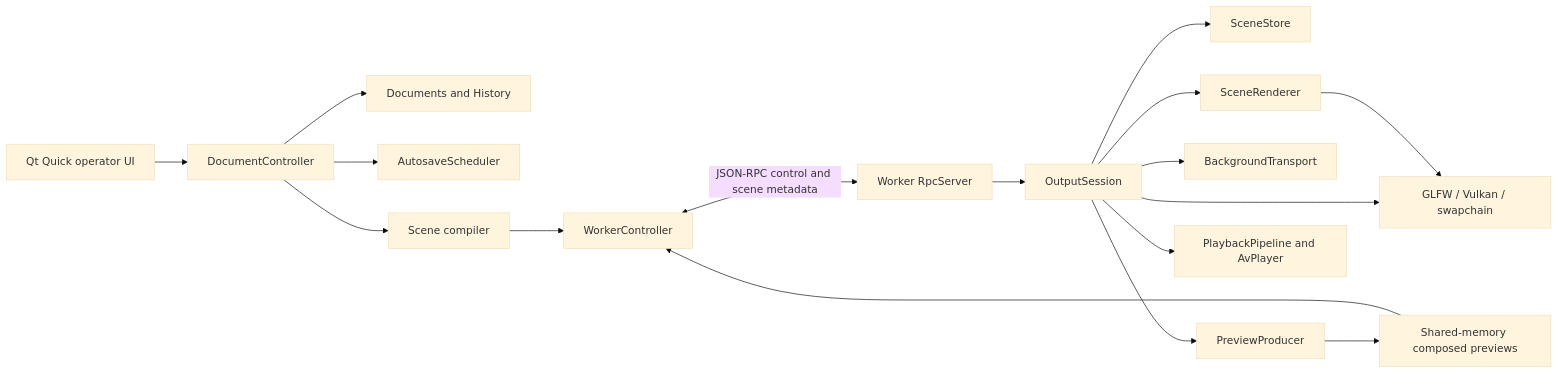
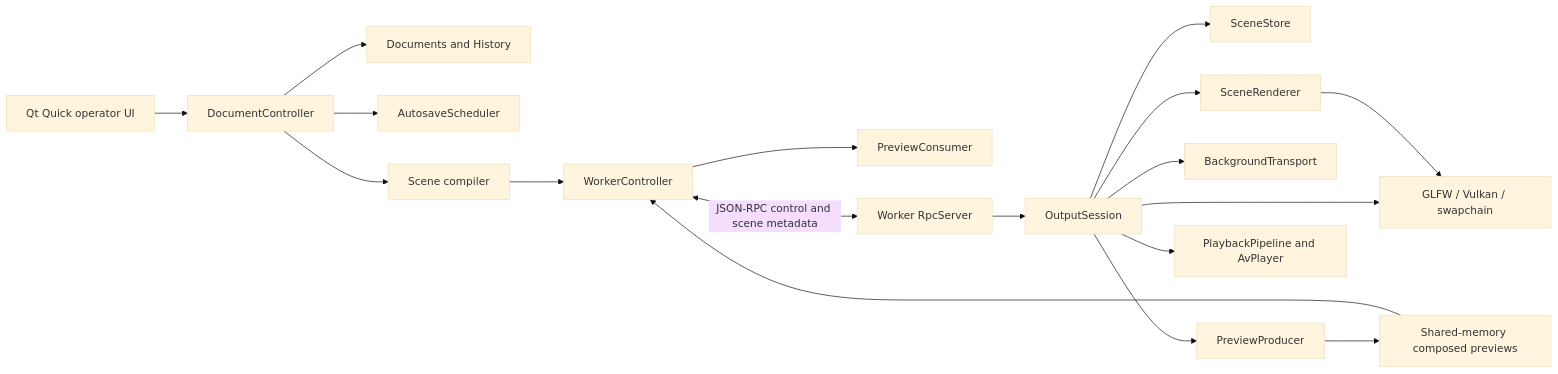
One commit to dattrax/OpenShowQt changed the diagram in docs/architecture.md. Above: the diagram before and after it, drawn with Mermaid (base theme). The commit also changed other lines of this file and 8 other files, not shown here.

````diff
--- a/docs/architecture.md
+++ b/docs/architecture.md
@@ -12,19 +12,20 @@
 ```mermaid
 flowchart LR
     QML[Qt Quick operator UI] --> DC[DocumentController]
     DC --> D[Documents and History]
     DC --> AS[AutosaveScheduler]
     DC --> SC[Scene compiler]
     SC --> WC[WorkerController]
+    WC --> PC[PreviewConsumer]
     WC <-->|JSON-RPC control and scene metadata| RPC[Worker RpcServer]
     RPC --> OS[OutputSession]
     OS --> SS[SceneStore]
     OS --> PP[PreviewProducer]
     OS --> BT[BackgroundTransport]
     OS --> SR[SceneRenderer]
     OS --> AV[PlaybackPipeline and AvPlayer]
     OS --> GPU[GLFW / Vulkan / swapchain]
     SR --> GPU
     PP --> SHM[Shared-memory composed previews]
     SHM --> WC
 ```
````
